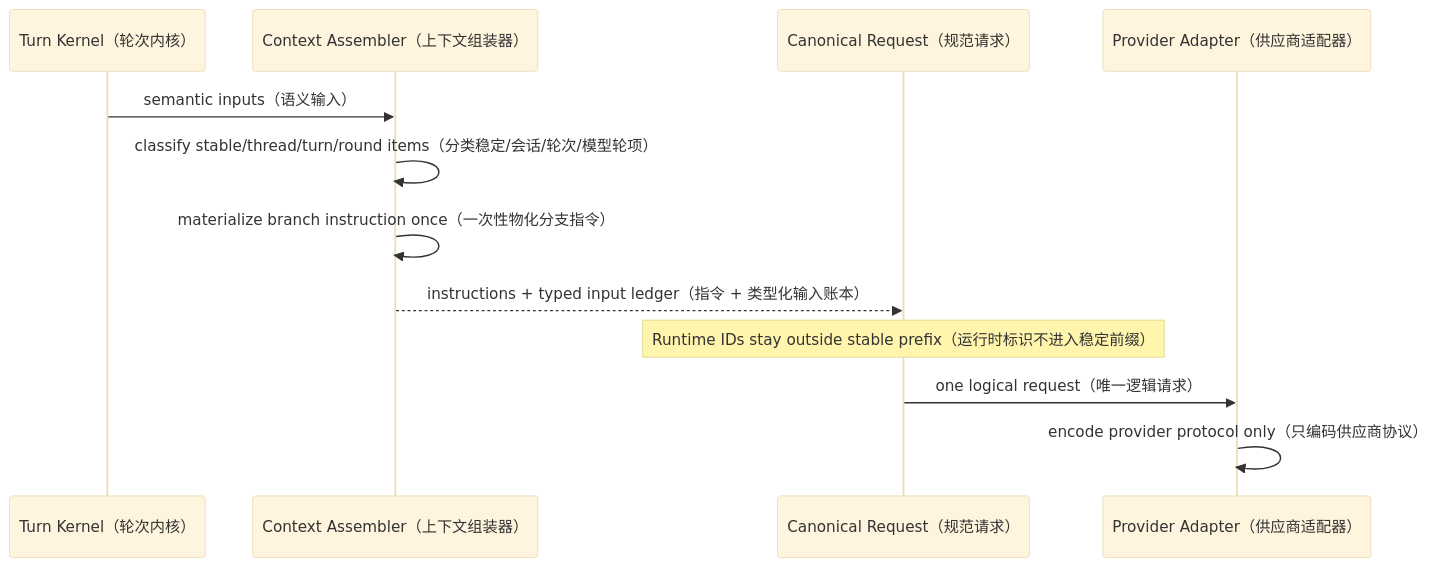
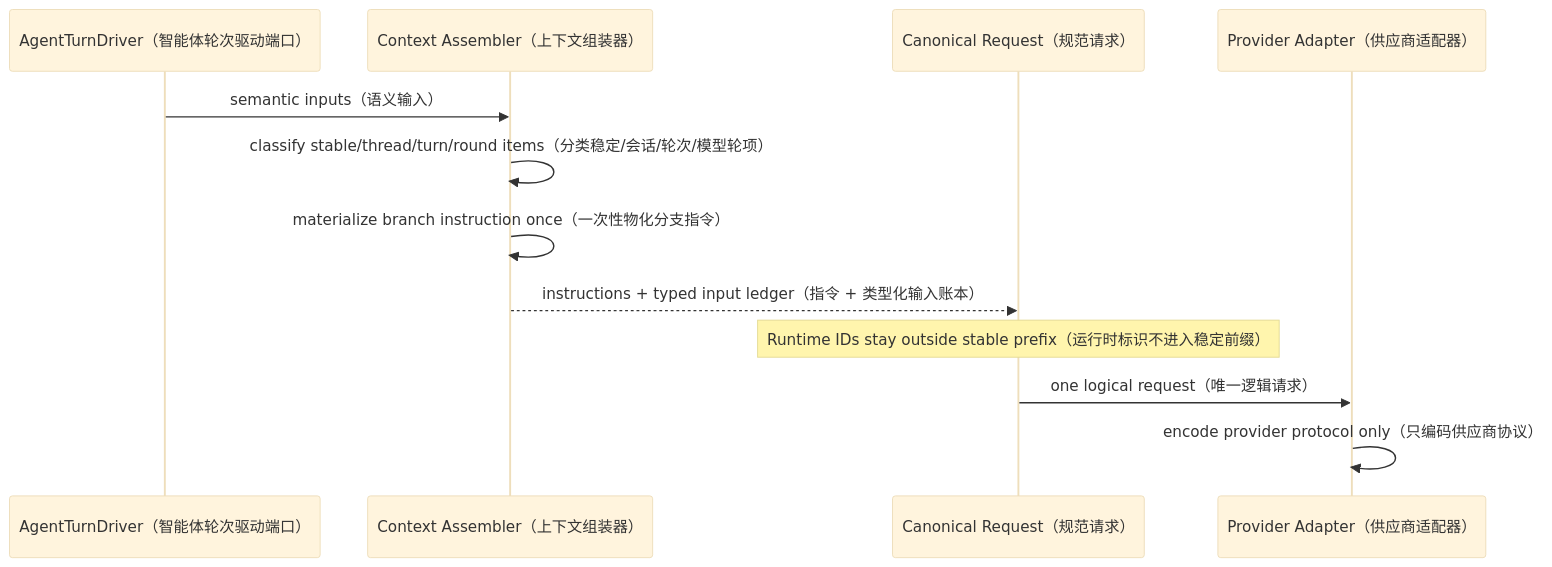
One commit to StagoMax/OpenTopia changed diagram 28 of 28 in docs/agent-core-target-architecture-refactor-zh-cn.md. Above: the diagram before and after it, drawn with Mermaid (base theme). The commit also changed other lines of this file and 6 other files, not shown here.

First line of the commit message:
docs(agent): align architecture with collaboration runtime

````diff
--- a/docs/agent-core-target-architecture-refactor-zh-cn.md
+++ b/docs/agent-core-target-architecture-refactor-zh-cn.md
@@ -1809,15 +1871,15 @@
 ```mermaid
 sequenceDiagram
-    participant K as Turn Kernel（轮次内核）
+    participant A as AgentTurnDriver（智能体轮次驱动端口）
     participant C as Context Assembler（上下文组装器）
     participant R as Canonical Request（规范请求）
     participant P as Provider Adapter（供应商适配器）
 
-    K->>C: semantic inputs（语义输入）
+    A->>C: semantic inputs（语义输入）
     C->>C: classify stable/thread/turn/round items（分类稳定/会话/轮次/模型轮项）
     C->>C: materialize branch instruction once（一次性物化分支指令）
     C-->>R: instructions + typed input ledger（指令 + 类型化输入账本）
     Note over R: Runtime IDs stay outside stable prefix（运行时标识不进入稳定前缀）
     R->>P: one logical request（唯一逻辑请求）
     P->>P: encode provider protocol only（只编码供应商协议）
 ```
````
